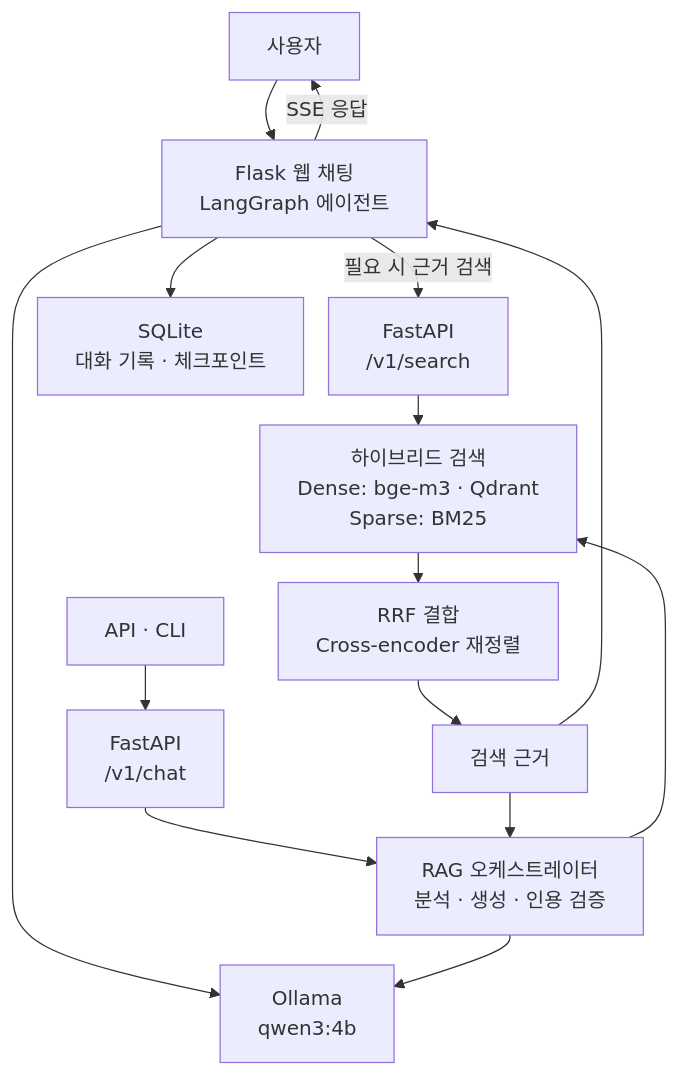
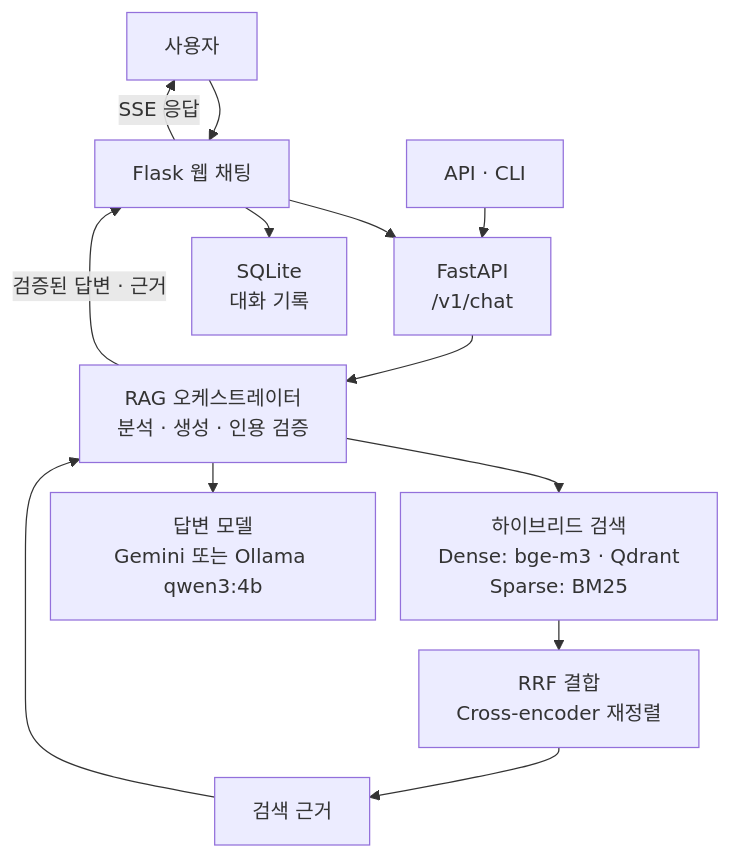
The diagram in README.md (Fulish0707/LegalAssistant), drawn with Mermaid before and after one commit. The commit also changed other lines of this file and 11 other files, not shown here.

First line of the commit message:
feat: web chat answers through legal_rag /v1/chat

```diff
--- a/README.md
+++ b/README.md
@@ -37,21 +37,18 @@
 ~~~mermaid
 %%{init: {"flowchart": {"nodeSpacing": 20, "rankSpacing": 24, "diagramPadding": 6}}}%%
 flowchart TB
-    User["사용자"] --> Web["Flask 웹 채팅<br/>LangGraph 에이전트"]
-    Caller["API · CLI"] --> ChatAPI["FastAPI<br/>/v1/chat"]
+    User["사용자"] --> Web["Flask 웹 채팅"]
+    Web --> ChatAPI["FastAPI<br/>/v1/chat"]
+    Caller["API · CLI"] --> ChatAPI
 
-    Web -->|필요 시 근거 검색| SearchAPI["FastAPI<br/>/v1/search"]
     ChatAPI --> Orchestrator["RAG 오케스트레이터<br/>분석 · 생성 · 인용 검증"]
-
-    SearchAPI --> Retrieval["하이브리드 검색<br/>Dense: bge-m3 · Qdrant<br/>Sparse: BM25"]
-    Orchestrator --> Retrieval
+    Orchestrator --> Retrieval["하이브리드 검색<br/>Dense: bge-m3 · Qdrant<br/>Sparse: BM25"]
     Retrieval --> Ranking["RRF 결합<br/>Cross-encoder 재정렬"]
     Ranking --> Evidence["검색 근거"]
 
-    Evidence --> Web
     Evidence --> Orchestrator
-    Web --> LLM["Ollama<br/>qwen3:4b"]
-    Orchestrator --> LLM
-    Web --> SQLite["SQLite<br/>대화 기록 · 체크포인트"]
+    Orchestrator --> LLM["답변 모델<br/>Gemini 또는 Ollama qwen3:4b"]
+    Orchestrator -->|검증된 답변 · 근거| Web
+    Web --> SQLite["SQLite<br/>대화 기록"]
     Web -->|SSE 응답| User
 ~~~
```
